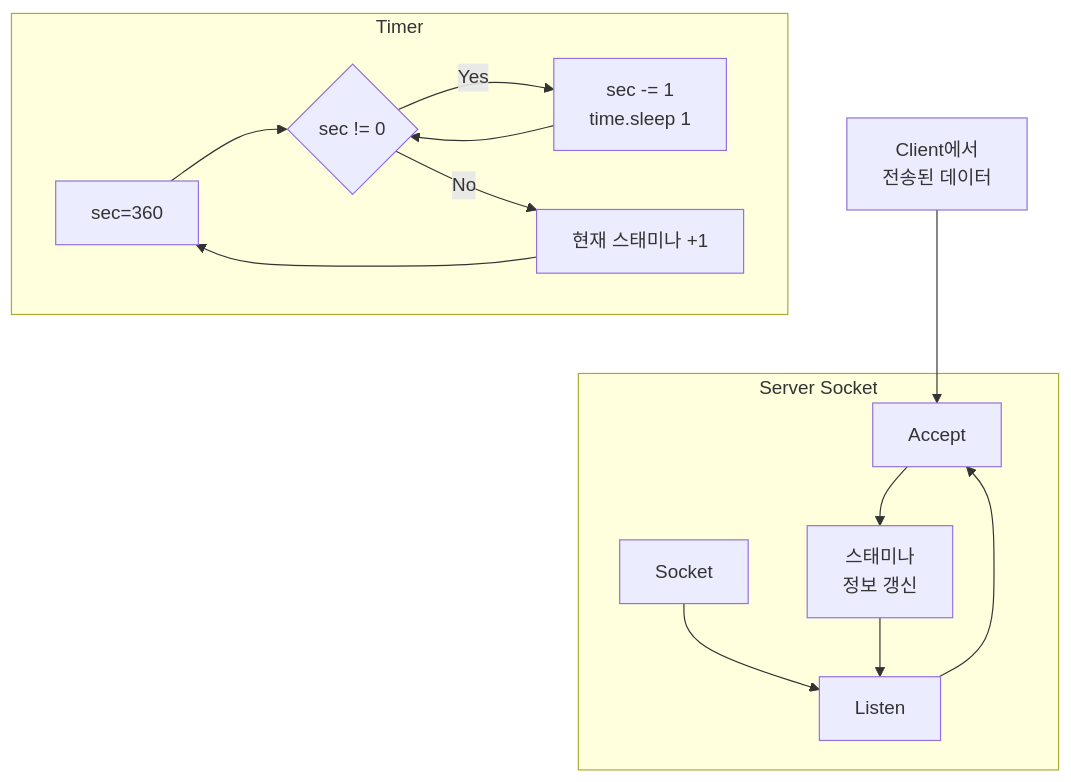
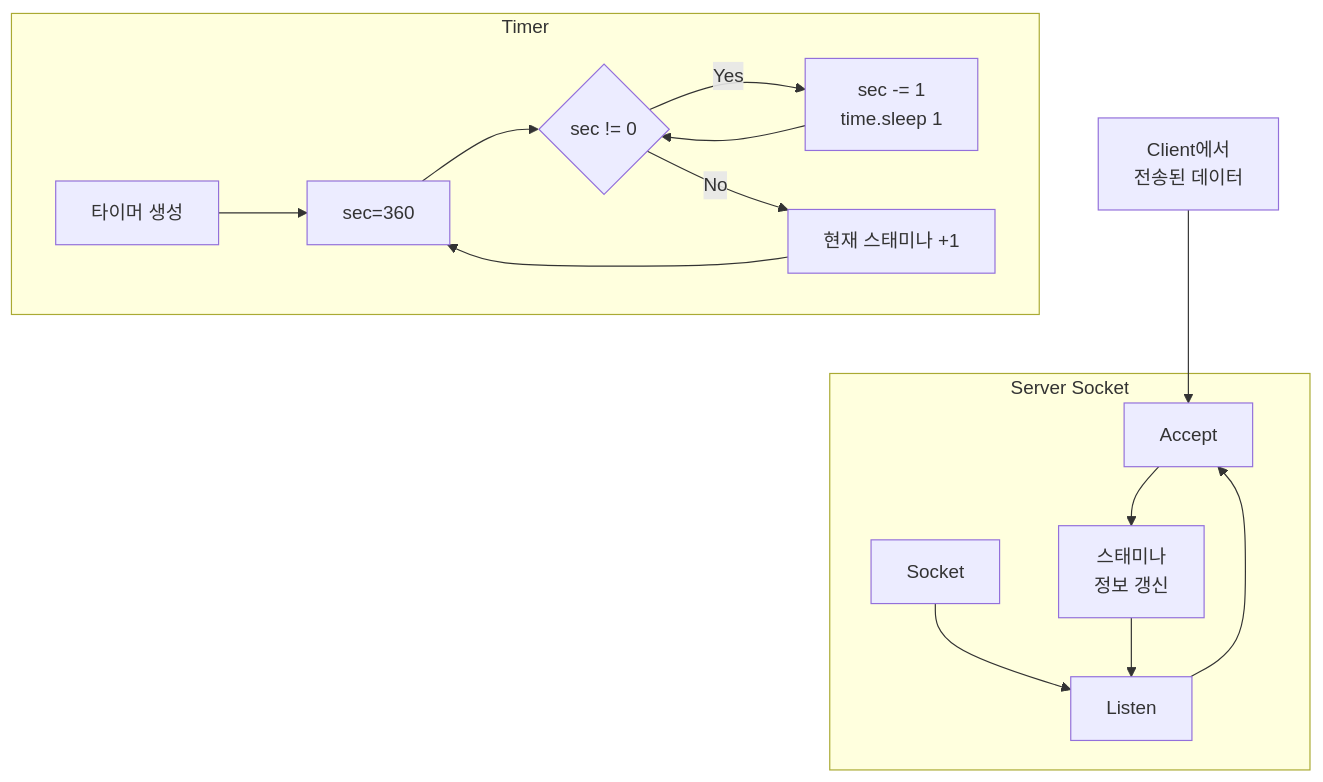
Before and after one commit to 201710808/Game-Stamina-Alarm: the third of 3 diagrams in README.md, drawn with Mermaid.

````diff
--- a/README.md
+++ b/README.md
@@ -55,19 +55,20 @@
 ```mermaid
 graph TB;
     data[Client에서\n전송된 데이터]-->Accept;
     
     subgraph Server Socket;
     Socket-->Listen;
     Listen-->Accept;
     Accept-->stamina_sync[스태미나\n정보 갱신];
     stamina_sync-->Listen;
     end;
 
     subgraph Timer;
+    timer_start[타이머 생성]-->sec;
     sec[sec=360]-->condition{sec != 0};
     condition-->|"Yes"|process_time[sec -= 1\ntime.sleep 1];
     process_time-->condition;
     condition-->|"No"|sync_stamina[현재 스태미나 +1];
     sync_stamina-->sec;
     end;    
 ```
````
